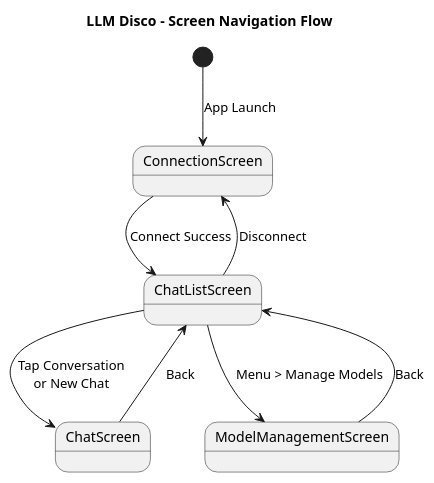
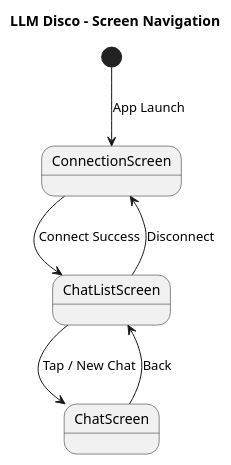
The second of 3 diagrams in uml_diagrams.puml (shamanchikq/llm_disco), drawn with PlantUML before and after one commit. The commit also changed other lines of this file, not shown here.

Commit message:
UML update

```diff
--- a/uml_diagrams.puml
+++ b/uml_diagrams.puml
@@ -254,13 +103,11 @@
 @startuml LLM_Disco_Navigation
-title LLM Disco - Screen Navigation Flow
+title LLM Disco - Screen Navigation
 
 [*] --> ConnectionScreen : App Launch
 
 ConnectionScreen --> ChatListScreen : Connect Success
 ChatListScreen --> ConnectionScreen : Disconnect
-ChatListScreen --> ChatScreen : Tap Conversation\nor New Chat
-ChatListScreen --> ModelManagementScreen : Menu > Manage Models
+ChatListScreen --> ChatScreen : Tap / New Chat
 ChatScreen --> ChatListScreen : Back
-ModelManagementScreen --> ChatListScreen : Back
 
 @enduml
```
